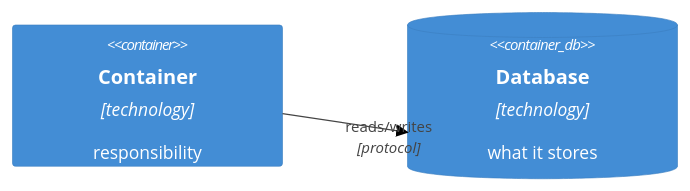
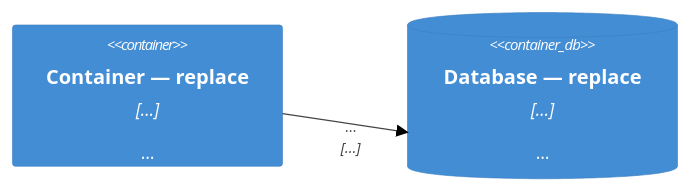
The second of 2 diagrams in src/center_kb/templates/init/mission-template.md (vuonglq01685/strata-kb), drawn with Mermaid (neutral theme) before and after one commit. The commit also changed other lines of this file and 1 other file, not shown here.

````diff
--- a/src/center_kb/templates/init/mission-template.md
+++ b/src/center_kb/templates/init/mission-template.md
@@ -27,6 +27,6 @@
 ```mermaid
 C4Container
-  Container(app, "Container", "technology", "responsibility")
-  ContainerDb(db, "Database", "technology", "what it stores")
-  Rel(app, db, "reads/writes", "protocol")
+  Container(app, "Container — replace", "…", "…")
+  ContainerDb(db, "Database — replace", "…", "…")
+  Rel(app, db, "…", "…")
 ```
````
